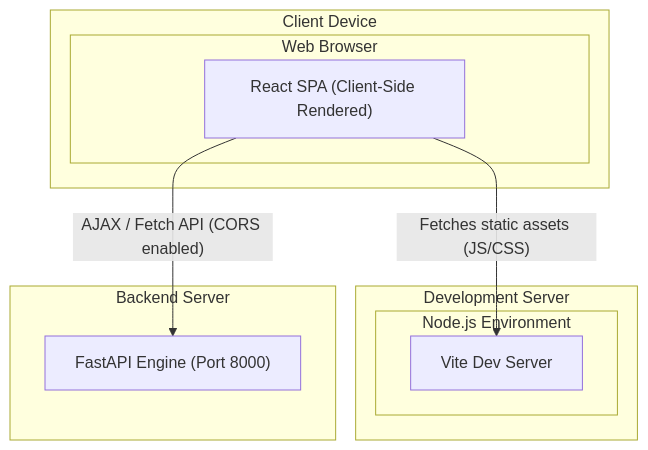
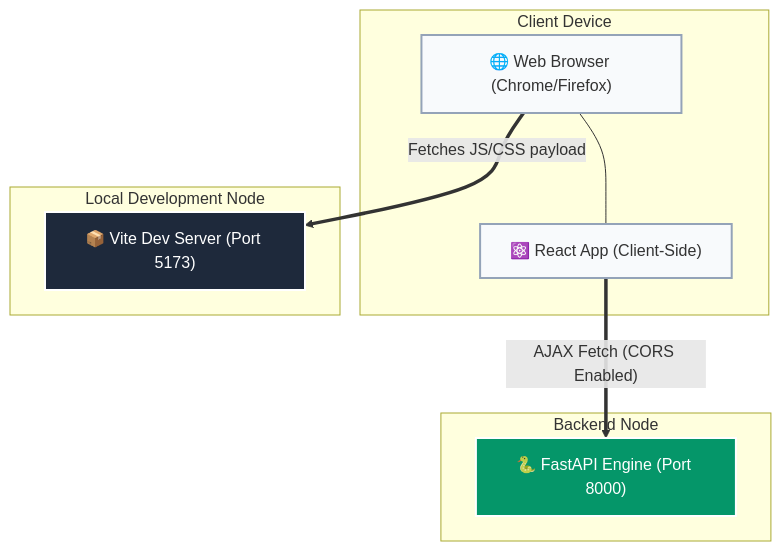
The eighth of 8 diagrams in Report_Documentation/System_Architecture_Diagrams.md (pavbhaji7/NLPTOSQL), drawn with Mermaid before and after one commit. The commit also changed other lines of this file, not shown here.

Commit message:
Diagram update

````diff
--- a/Report_Documentation/System_Architecture_Diagrams.md
+++ b/Report_Documentation/System_Architecture_Diagrams.md
@@ -205,21 +209,23 @@
 ```mermaid
-flowchart TD
-    subgraph Device ["Client Device"]
-        subgraph Browser ["Web Browser"]
-            ClientApp["React SPA (Client-Side Rendered)"]
-        end
+graph TD
+    classDef client fill:#f8fafc,stroke:#94a3b8,stroke-width:2px;
+    classDef server fill:#1e293b,stroke:#fff,stroke-width:2px,color:#fff;
+    classDef backend fill:#059669,stroke:#fff,stroke-width:2px,color:#fff;
+
+    subgraph "Client Device"
+        Browser["🌐 Web Browser (Chrome/Firefox)"]:::client
+        SPA["⚛️ React App (Client-Side)"]:::client
+        Browser --- SPA
     end
     
-    subgraph DevServer ["Development Server"]
-        subgraph NodeEnv ["Node.js Environment"]
-            Vite["Vite Dev Server"]
-        end
+    subgraph "Local Development Node"
+        Vite["📦 Vite Dev Server (Port 5173)"]:::server
     end
     
-    subgraph BackendServ ["Backend Server"]
-        Backend["FastAPI Engine (Port 8000)"]
+    subgraph "Backend Node"
+        FastAPI["🐍 FastAPI Engine (Port 8000)"]:::backend
     end
     
-    ClientApp -- "Fetches static assets (JS/CSS)" --> Vite
-    ClientApp -- "AJAX / Fetch API (CORS enabled)" --> Backend
+    Browser == "Fetches JS/CSS payload" ==> Vite
+    SPA == "AJAX Fetch (CORS Enabled)" ==> FastAPI
 ```
````
